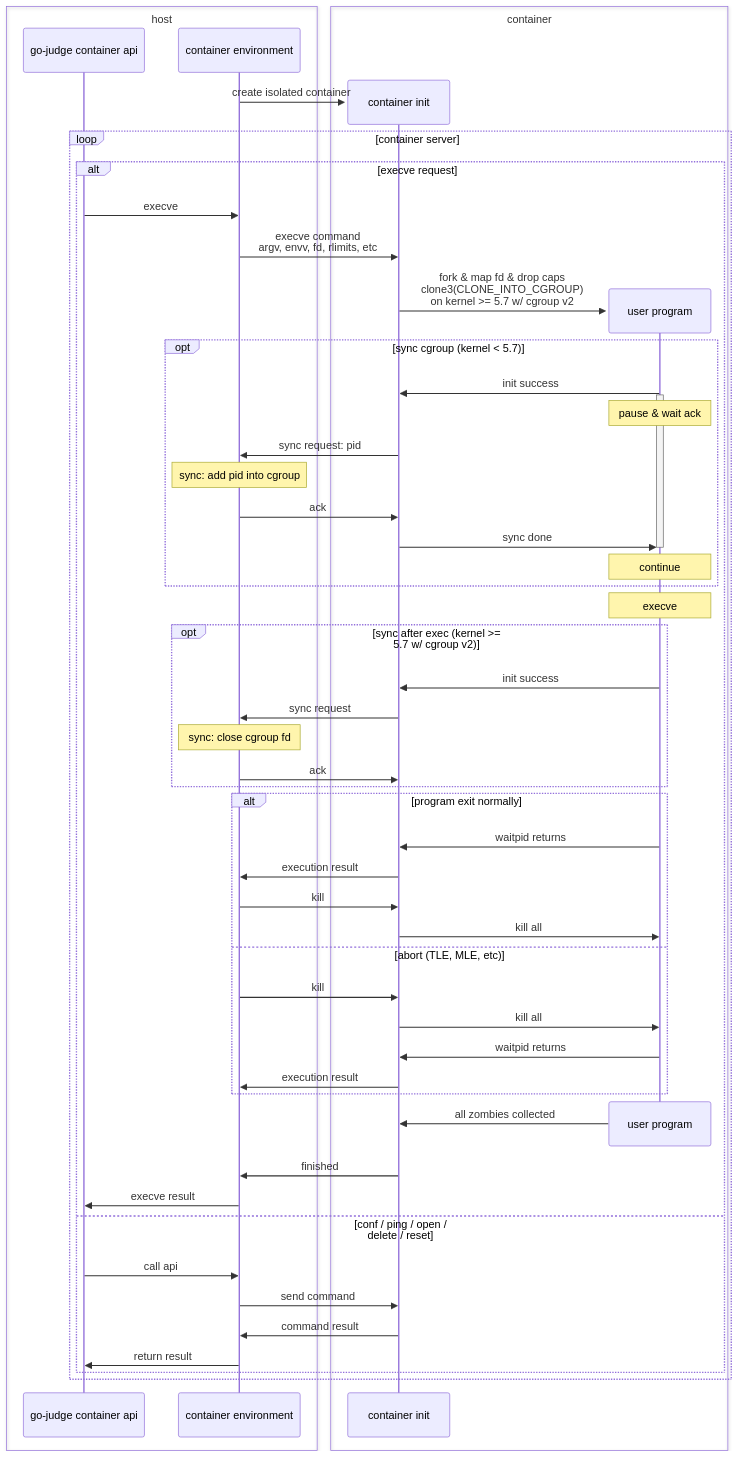
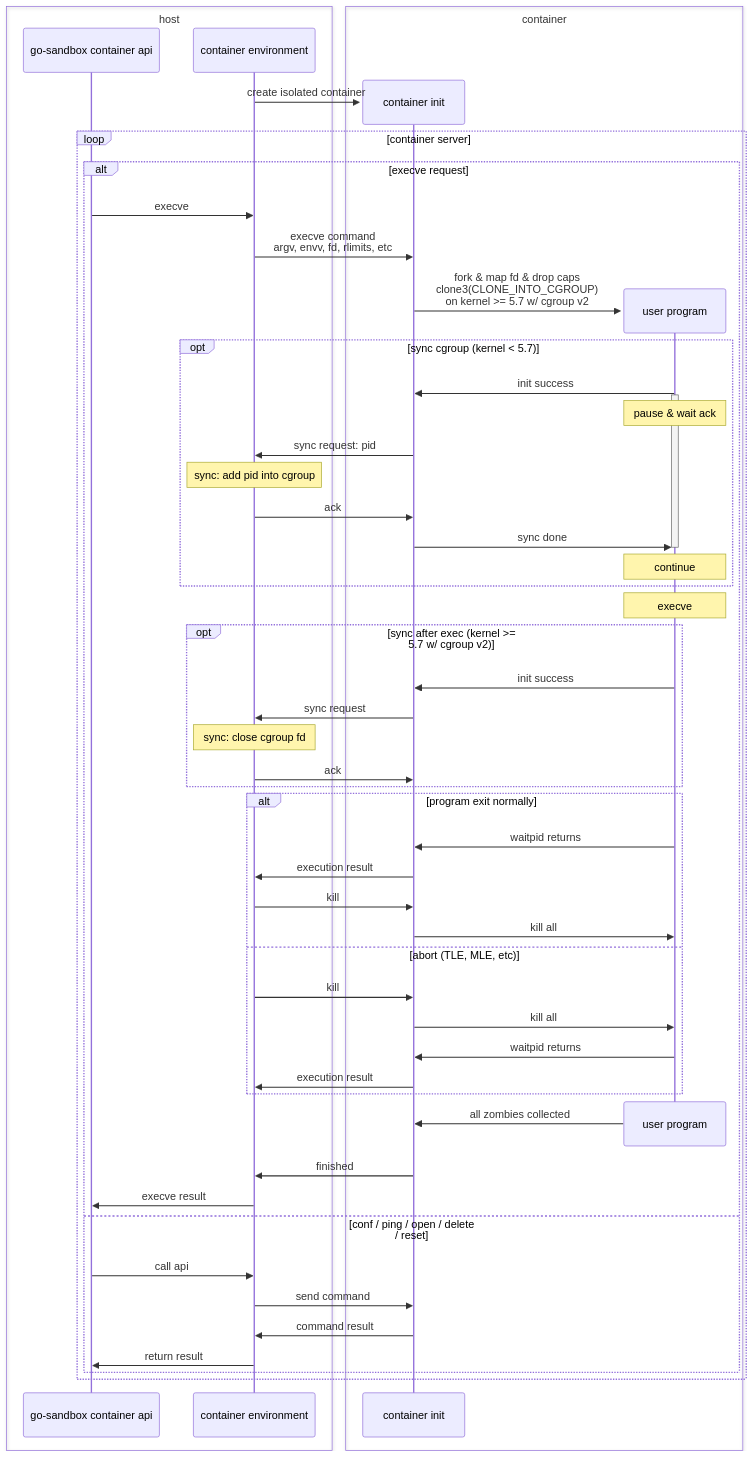
One commit to criyle/go-judge-doc changed the third of 3 diagrams in src/design.md. Above: the diagram before and after it, drawn with Mermaid. The commit also changed other lines of this file and 2 other files, not shown here.

````diff
--- a/src/design.md
+++ b/src/design.md
@@ -134,74 +161,74 @@
 ```mermaid
 sequenceDiagram
 
 box host
-participant u as go-judge container api
+participant u as go-sandbox container api
 participant s as container environment
 end
 
 create participant c
 s ->> c: create isolated container
 
 loop container server
 alt execve request
 
 u ->> s: execve
 
 s ->> c: execve command <br/> argv, envv, fd, rlimits, etc
 create participant e
 c ->> e: fork & map fd & drop caps <br/> clone3(CLONE_INTO_CGROUP) <br/> on kernel >= 5.7 w/ cgroup v2
 
 opt sync cgroup (kernel < 5.7)
 e ->> c: init success
 activate e
 note over e: pause & wait ack
 c ->> s: sync request: pid
 note over s: sync: add pid into cgroup
 s ->> c: ack
 c ->> e: sync done
 deactivate e
 note over e: continue
 end
 
 note over e: execve
 
 opt sync after exec (kernel >= 5.7 w/ cgroup v2)
 e ->> c: init success
 c ->> s: sync request
 note over s: sync: close cgroup fd
 s ->> c: ack
 end
 
 alt program exit normally
 e ->> c: waitpid returns
 c ->> s: execution result
 s ->> c: kill
 c ->> e: kill all 
 else abort (TLE, MLE, etc)
 s ->> c: kill
 c ->> e: kill all 
 e ->> c: waitpid returns
 c ->> s: execution result
 end
 
 destroy e
 e ->> c: all zombies collected
 c ->> s: finished
 
 s ->> u: execve result
 
 else conf / ping / open / delete / reset 
 
 u ->> s: call api
 s ->> c: send command
 c ->> s: command result
 s ->> u: return result
 
 end
 end
 
 box container
 participant c as container init 
 participant e as user program
 end
 ```
````
